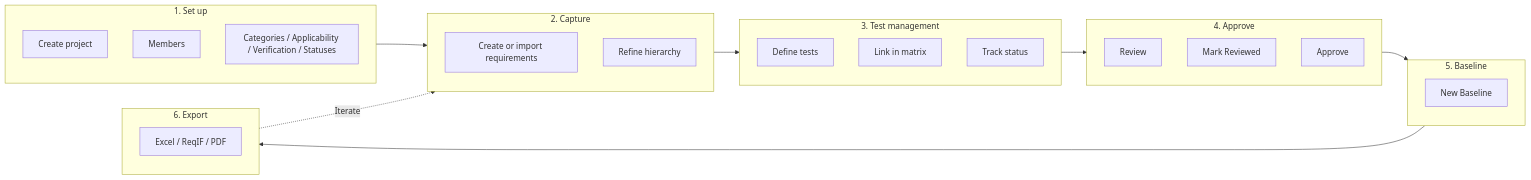
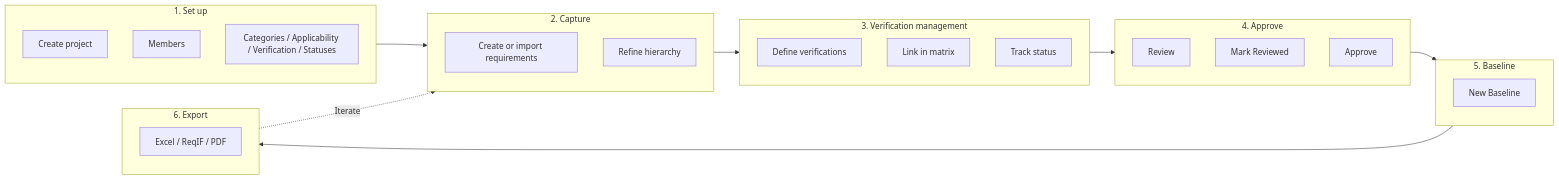
Before and after one commit to MarreqSW/Marreq: the diagram in docs/user-manual/workflow.md, drawn with Mermaid. The commit also changed other lines of this file and 16 other files, not shown here.

````diff
--- a/docs/user-manual/workflow.md
+++ b/docs/user-manual/workflow.md
@@ -22,30 +22,30 @@
 ```mermaid
 flowchart LR
   subgraph setup [1. Set up]
     A[Create project]
     B[Members]
     C[Categories / Applicability / Verification / Statuses]
   end
   subgraph capture [2. Capture]
     D[Create or import requirements]
     E[Refine hierarchy]
   end
-  subgraph test [3. Test management]
-    F[Define tests]
+  subgraph test [3. Verification management]
+    F[Define verifications]
     G[Link in matrix]
     H[Track status]
   end
   subgraph approve [4. Approve]
     I[Review]
     J[Mark Reviewed]
     K[Approve]
   end
   subgraph baseline [5. Baseline]
     L[New Baseline]
   end
   subgraph export [6. Export]
     M[Excel / ReqIF / PDF]
   end
   setup --> capture --> test --> approve --> baseline --> export
   export -.->|"Iterate"| capture
 ```
````
